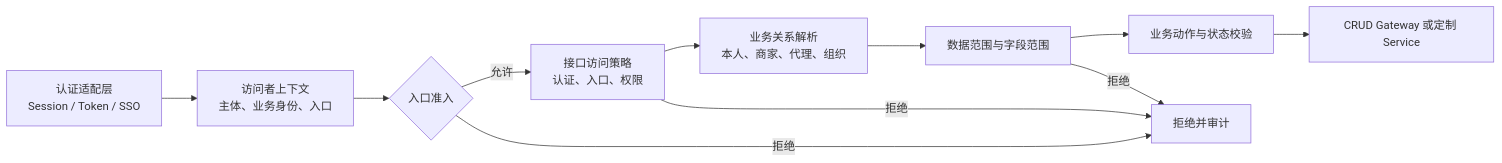
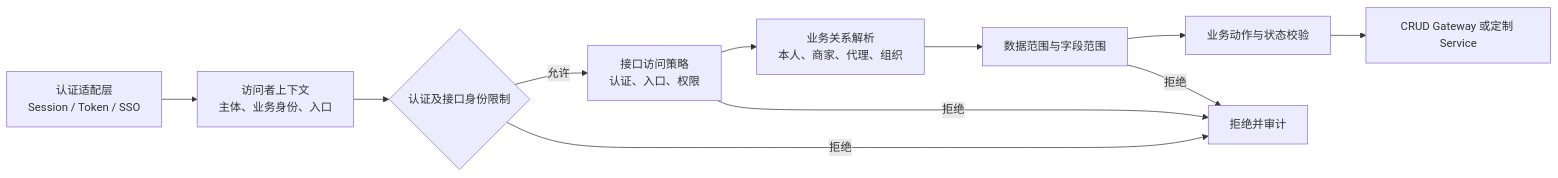
The first of 7 diagrams in docs/architecture/core/governance/业务实体访问治理设计.md (ent-loom/ent-loom), drawn with Mermaid before and after one commit. The commit also changed other lines of this file, not shown here.

````diff
--- a/docs/architecture/core/governance/业务实体访问治理设计.md
+++ b/docs/architecture/core/governance/业务实体访问治理设计.md
@@ -17,13 +17,13 @@
 ```mermaid
 flowchart LR
     A[认证适配层\nSession / Token / SSO] --> B[访问者上下文\n主体、业务身份、入口]
-    B --> C{入口准入}
+    B --> C{认证及接口身份限制}
     C -->|允许| D[接口访问策略\n认证、入口、权限]
     D --> E[业务关系解析\n本人、商家、代理、组织]
     E --> F[数据范围与字段范围]
     F --> G[业务动作与状态校验]
     G --> H[CRUD Gateway 或定制 Service]
     C -->|拒绝| X[拒绝并审计]
     D -->|拒绝| X
     F -->|拒绝| X
 ```
````
